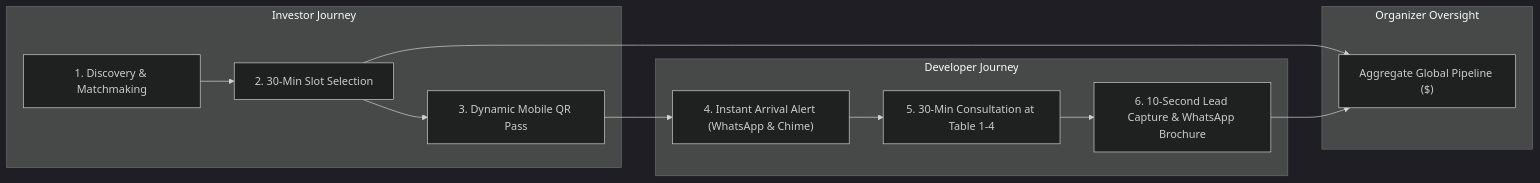
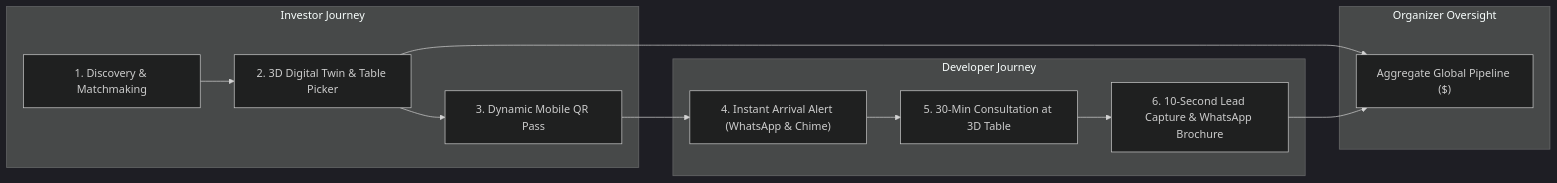
Before and after one commit to omarsalah25/the-bestt-expo: the diagram in UI_UX_DESIGN_SPECIFICATION.md, drawn with Mermaid (dark theme). The commit also changed other lines of this file and 2 other files, not shown here.

Commit message:
feat: integrate 3D spatial digital twin and Three.js visualization into system architecture

````diff
--- a/UI_UX_DESIGN_SPECIFICATION.md
+++ b/UI_UX_DESIGN_SPECIFICATION.md
@@ -11,18 +11,18 @@
 ```mermaid
 flowchart LR
     subgraph Investor Journey
-        A["1. Discovery & Matchmaking"] --> B["2. 30-Min Slot Selection"]
+        A["1. Discovery & Matchmaking"] --> B["2. 3D Digital Twin & Table Picker"]
         B --> C["3. Dynamic Mobile QR Pass"]
     end
 
     subgraph Developer Journey
         C --> D["4. Instant Arrival Alert (WhatsApp & Chime)"]
-        D --> E["5. 30-Min Consultation at Table 1-4"]
+        D --> E["5. 30-Min Consultation at 3D Table"]
         E --> F["6. 10-Second Lead Capture & WhatsApp Brochure"]
     end
 
     subgraph Organizer Oversight
-        B --> G["Real-Time Venue Density & Pulse"]
+        B --> G["Real-Time 3D Venue Density & Pulse"]
         F --> G["Aggregate Global Pipeline ($)"]
     end
 ```
````
